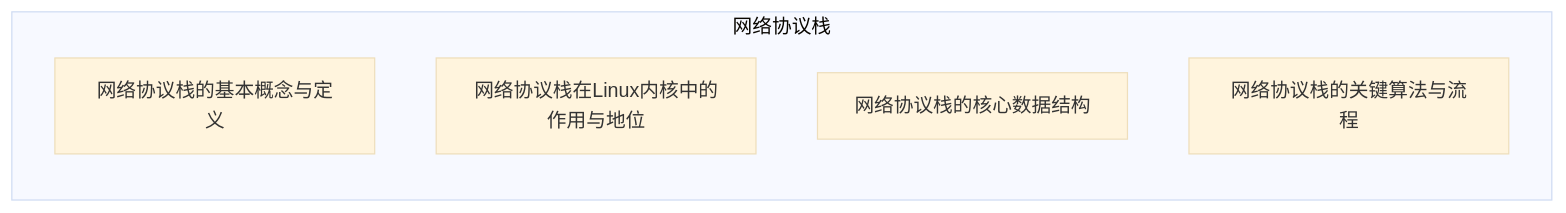
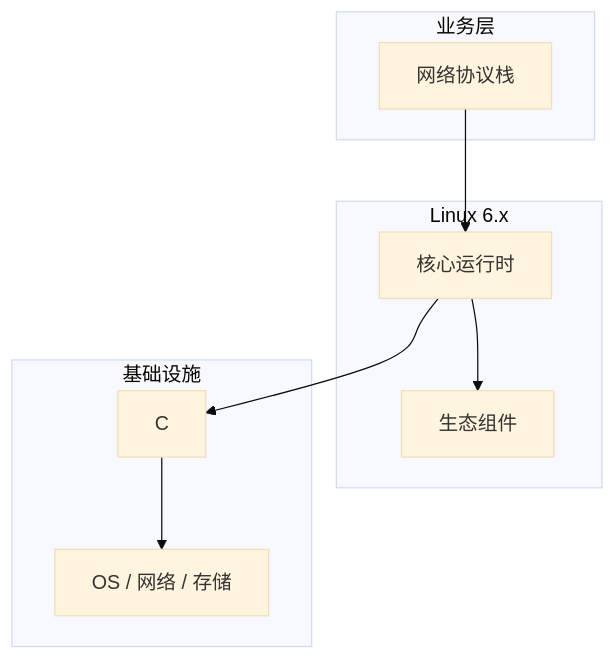
Before and after one commit to yanggan2015/knowledge-json-v2: the diagram in articles/Linux内核/chapters/135-网络协议栈的对比与选型.md, drawn with Mermaid (base theme). The commit also changed other lines of this file and 10127 other files, not shown here.

````diff
--- a/articles/Linux内核/chapters/135-网络协议栈的对比与选型.md
+++ b/articles/Linux内核/chapters/135-网络协议栈的对比与选型.md
@@ -45,9 +34,18 @@
 ```mermaid
-graph LR
-    subgraph 网络协议栈
-        C0[网络协议栈的基本概念与定义]
-        C1[网络协议栈在Linux内核中的作用与地位]
-        C2[网络协议栈的核心数据结构]
-        C3[网络协议栈的关键算法与流程]
+graph TB
+    subgraph 业务层
+        A[网络协议栈]
     end
+    subgraph Linux 6.x
+        B[核心运行时]
+        C[生态组件]
+    end
+    subgraph 基础设施
+        D[C]
+        E[OS / 网络 / 存储]
+    end
+    A --> B
+    B --> C
+    B --> D
+    D --> E
 ```
````
